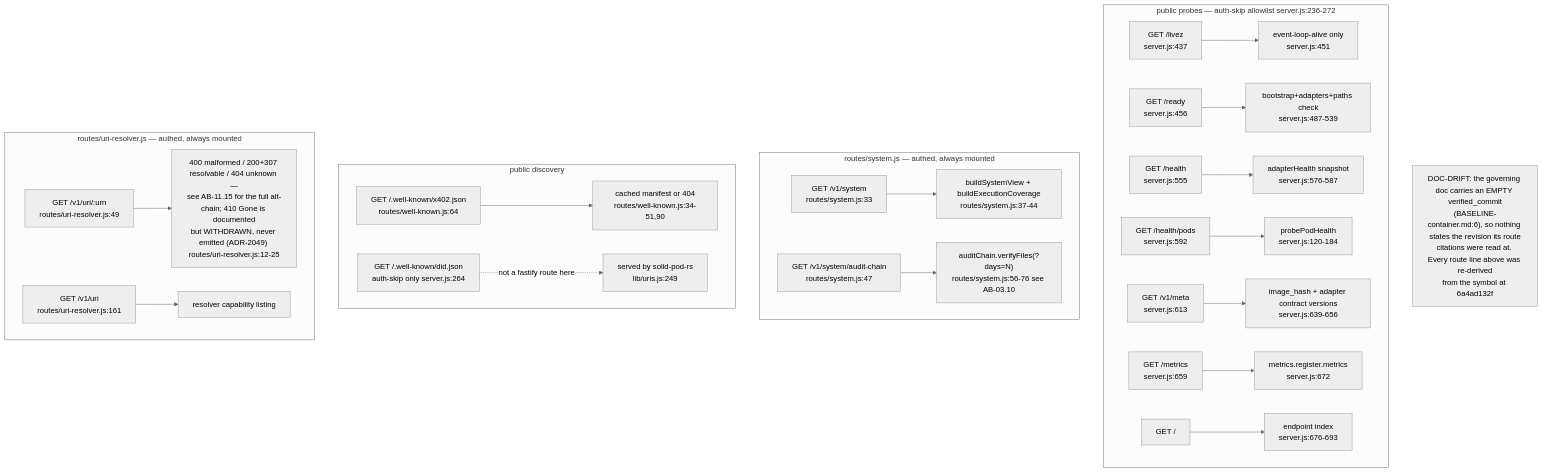
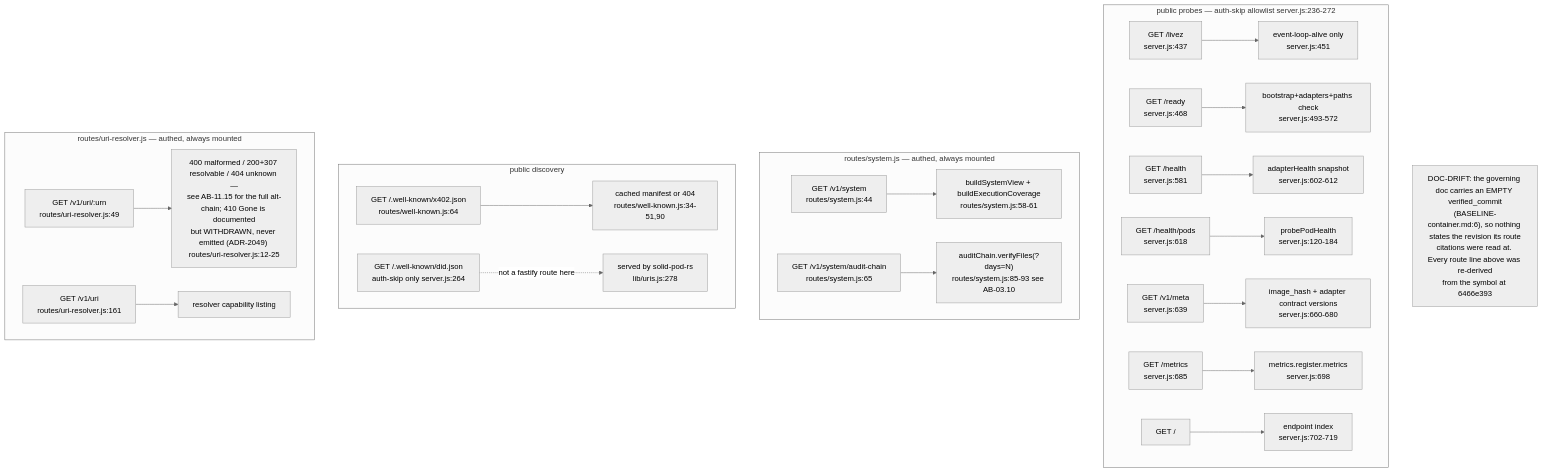
One commit to DreamLab-AI/VisionFlow changed the sixth of 17 diagrams in docs/diagrams/agentbox/03-management-api-request-lifecycle.md. Above: the diagram before and after it, drawn with Mermaid (neutral theme). The commit also changed other lines of this file and 111 other files, not shown here.

Commit message:
docs(diagrams): align estate maps with current source

````diff
--- a/docs/diagrams/agentbox/03-management-api-request-lifecycle.md
+++ b/docs/diagrams/agentbox/03-management-api-request-lifecycle.md
@@ -273,25 +273,25 @@
 ```mermaid
 flowchart TD
     subgraph probes["public probes — auth-skip allowlist server.js:236-272"]
         A1["GET /livez<br/>server.js:437"] --> H1["event-loop-alive only<br/>server.js:451"]
-        A2["GET /ready<br/>server.js:456"] --> H2["bootstrap+adapters+paths check<br/>server.js:487-539"]
-        A3["GET /health<br/>server.js:555"] --> H3["adapterHealth snapshot<br/>server.js:576-587"]
-        A4["GET /health/pods<br/>server.js:592"] --> H4["probePodHealth<br/>server.js:120-184"]
-        A5["GET /v1/meta<br/>server.js:613"] --> H5["image_hash + adapter contract versions<br/>server.js:639-656"]
-        A6["GET /metrics<br/>server.js:659"] --> H6["metrics.register.metrics<br/>server.js:672"]
-        A7["GET /"] --> H7["endpoint index<br/>server.js:676-693"]
+        A2["GET /ready<br/>server.js:468"] --> H2["bootstrap+adapters+paths check<br/>server.js:493-572"]
+        A3["GET /health<br/>server.js:581"] --> H3["adapterHealth snapshot<br/>server.js:602-612"]
+        A4["GET /health/pods<br/>server.js:618"] --> H4["probePodHealth<br/>server.js:120-184"]
+        A5["GET /v1/meta<br/>server.js:639"] --> H5["image_hash + adapter contract versions<br/>server.js:660-680"]
+        A6["GET /metrics<br/>server.js:685"] --> H6["metrics.register.metrics<br/>server.js:698"]
+        A7["GET /"] --> H7["endpoint index<br/>server.js:702-719"]
     end
     subgraph sysroutes["routes/system.js — authed, always mounted"]
-        B1["GET /v1/system<br/>routes/system.js:33"] --> HB1["buildSystemView + buildExecutionCoverage<br/>routes/system.js:37-44"]
-        B2["GET /v1/system/audit-chain<br/>routes/system.js:47"] --> HB2["auditChain.verifyFiles(?days=N)<br/>routes/system.js:56-76 see AB-03.10"]
+        B1["GET /v1/system<br/>routes/system.js:44"] --> HB1["buildSystemView + buildExecutionCoverage<br/>routes/system.js:58-61"]
+        B2["GET /v1/system/audit-chain<br/>routes/system.js:65"] --> HB2["auditChain.verifyFiles(?days=N)<br/>routes/system.js:85-93 see AB-03.10"]
     end
     subgraph wellknown["public discovery"]
         C1["GET /.well-known/x402.json<br/>routes/well-known.js:64"] --> HC1["cached manifest or 404<br/>routes/well-known.js:34-51,90"]
-        C2["GET /.well-known/did.json<br/>auth-skip only server.js:264"] -.->|"not a fastify route here"| HC2["served by solid-pod-rs<br/>lib/uris.js:249"]
+        C2["GET /.well-known/did.json<br/>auth-skip only server.js:264"] -.->|"not a fastify route here"| HC2["served by solid-pod-rs<br/>lib/uris.js:278"]
     end
     subgraph uri["routes/uri-resolver.js — authed, always mounted"]
         D1["GET /v1/uri/:urn<br/>routes/uri-resolver.js:49"] --> HD1["400 malformed / 200+307 resolvable / 404 unknown —<br/>see AB-11.15 for the full alt-chain; 410 Gone is documented<br/>but WITHDRAWN, never emitted (ADR-2049) routes/uri-resolver.js:12-25"]
         D2["GET /v1/uri<br/>routes/uri-resolver.js:161"] --> HD2["resolver capability listing"]
     end
-    Note1["DOC-DRIFT: the governing doc carries an EMPTY verified_commit<br/>(BASELINE-container.md:6), so nothing states the revision its route<br/>citations were read at. Every route line above was re-derived<br/>from the symbol at 6a4ad132f"]
+    Note1["DOC-DRIFT: the governing doc carries an EMPTY verified_commit<br/>(BASELINE-container.md:6), so nothing states the revision its route<br/>citations were read at. Every route line above was re-derived<br/>from the symbol at 6466e393"]
 ```
````
